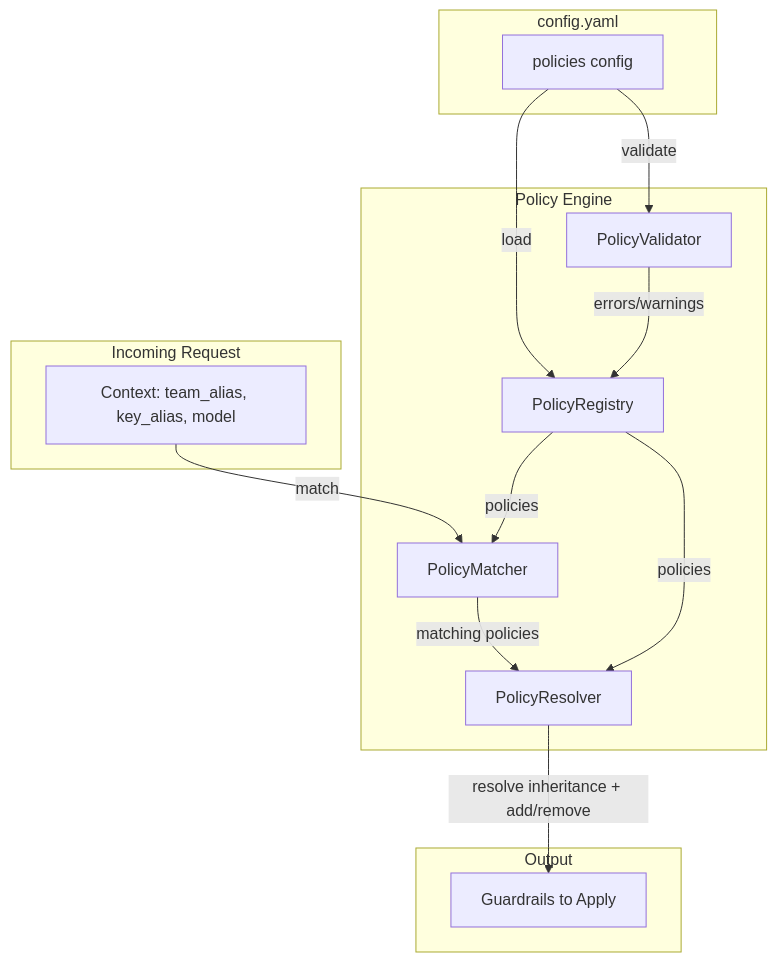
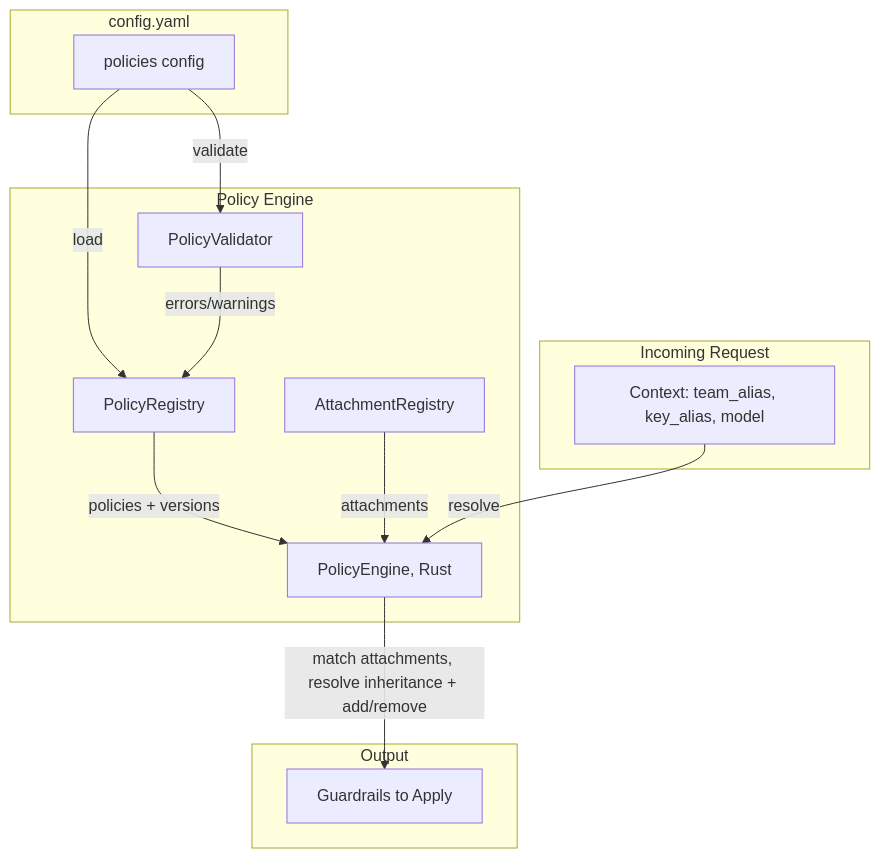
Before and after one commit to BerriAI/litellm: the diagram in litellm/proxy/policy_engine/architecture.md, drawn with Mermaid. The commit also changed other lines of this file and 34 other files, not shown here.

Commit message:
feat(policy-engine): resolve proxy policies in rust and delete the python engine

````diff
--- a/litellm/proxy/policy_engine/architecture.md
+++ b/litellm/proxy/policy_engine/architecture.md
@@ -9,31 +9,30 @@
 ```mermaid
 flowchart TD
     subgraph Config["config.yaml"]
         PC[policies config]
     end
 
     subgraph PolicyEngine["Policy Engine"]
         PR[PolicyRegistry]
         PV[PolicyValidator]
-        PM[PolicyMatcher]
-        PRe[PolicyResolver]
+        AR[AttachmentRegistry]
+        PE[PolicyEngine, Rust]
     end
 
     subgraph Request["Incoming Request"]
         CTX[Context: team_alias, key_alias, model]
     end
 
     subgraph Output["Output"]
         GR[Guardrails to Apply]
     end
 
     PC -->|load| PR
     PC -->|validate| PV
     PV -->|errors/warnings| PR
     
-    CTX -->|match| PM
-    PM -->|matching policies| PRe
-    PR -->|policies| PM
-    PR -->|policies| PRe
-    PRe -->|resolve inheritance + add/remove| GR
+    PR -->|policies + versions| PE
+    AR -->|attachments| PE
+    CTX -->|resolve| PE
+    PE -->|match attachments, resolve inheritance + add/remove| GR
 ```
````
